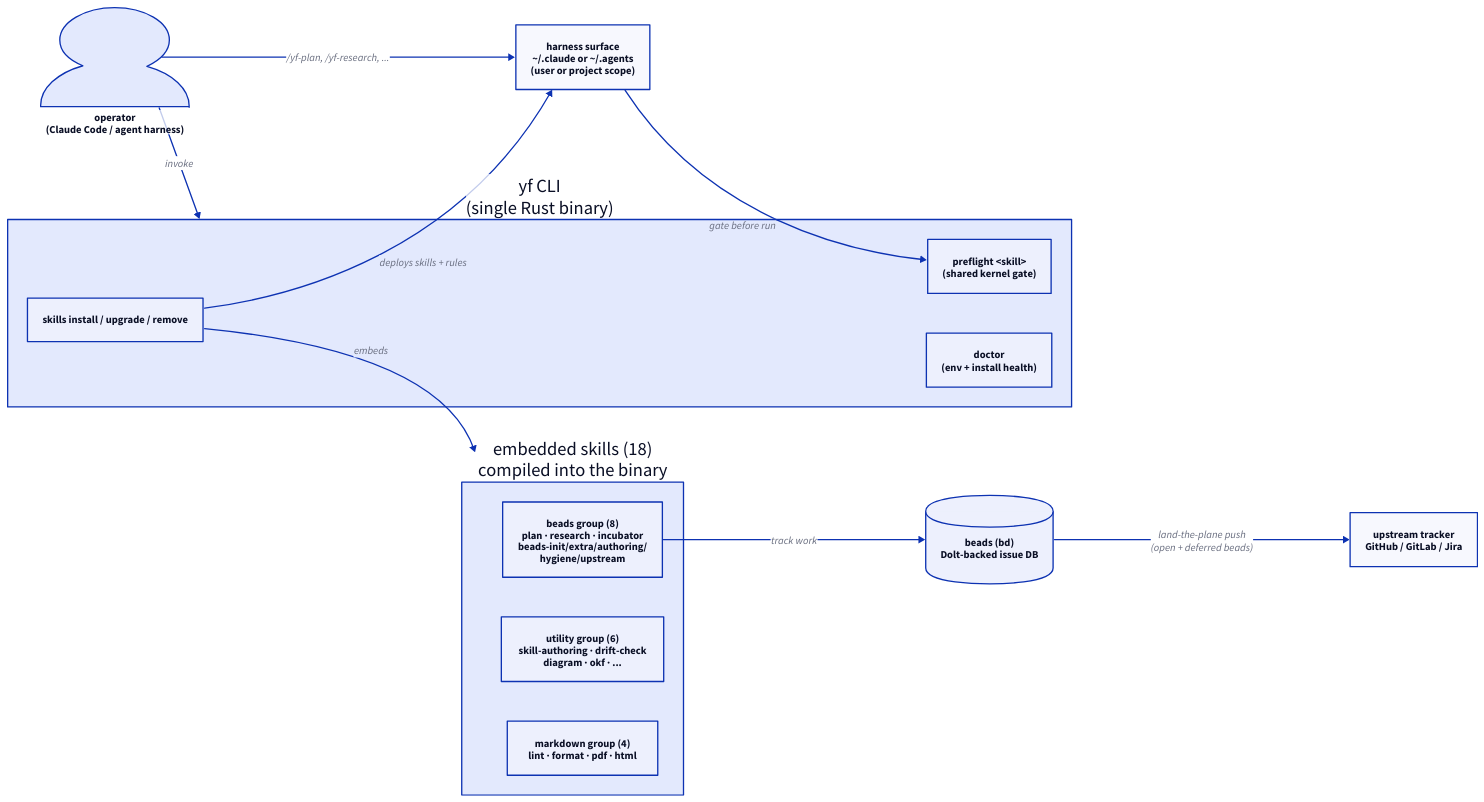
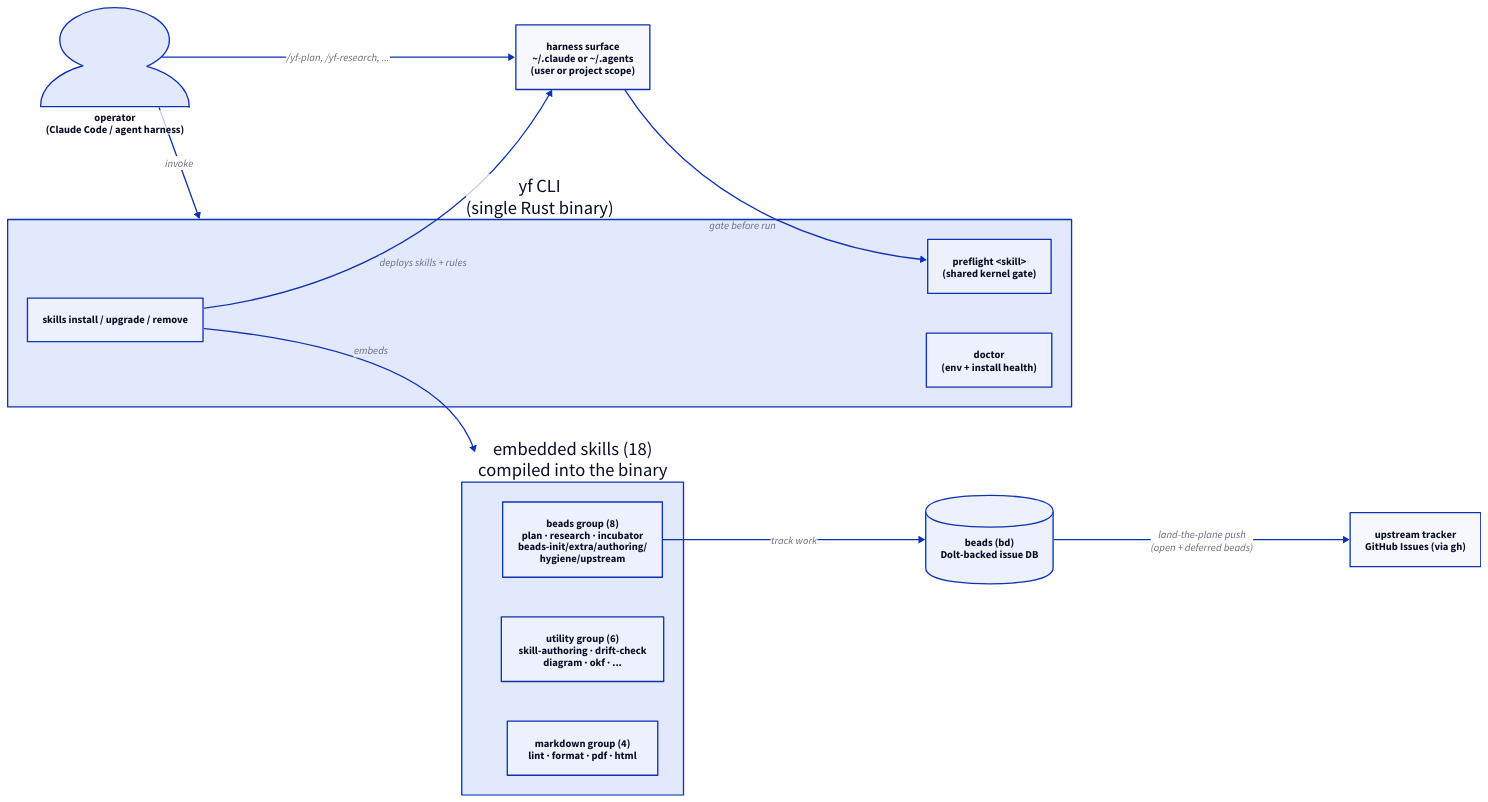
The diagram in web/content/images/architecture.d2 (dixson3/yoshiko-flow), drawn with D2 before and after one commit. The commit also changed 16 other files, not shown here.

```diff
--- a/web/content/images/architecture.d2
+++ b/web/content/images/architecture.d2
@@ -1,46 +1,46 @@
 # yoshiko-flow architecture — the yf kernel, embedded skills, beads, upstream tracking.
 direction: right
 
 user: {
   label: "operator\n(Claude Code / agent harness)"
   shape: person
 }
 
 yf: {
   label: "yf CLI\n(single Rust binary)"
   shape: rectangle
   install: "skills install / upgrade / remove"
   preflight: "preflight <skill>\n(shared kernel gate)"
   doctor: "doctor\n(env + install health)"
 }
 
 skills: {
   label: "embedded skills (18)\ncompiled into the binary"
   shape: rectangle
   beads: "beads group (8)\nplan · research · incubator\nbeads-init/extra/authoring/\nhygiene/upstream"
   utility: "utility group (6)\nskill-authoring · drift-check\ndiagram · okf · ..."
   markdown: "markdown group (4)\nlint · format · pdf · html"
 }
 
 harness: {
   label: "harness surface\n~/.claude or ~/.agents\n(user or project scope)"
   shape: rectangle
 }
 
 bd: {
   label: "beads (bd)\nDolt-backed issue DB"
   shape: cylinder
 }
 
 upstream: {
-  label: "upstream tracker\nGitHub / GitLab / Jira"
+  label: "upstream tracker\nGitHub Issues (via gh)"
   shape: rectangle
 }
 
 user -> yf: "invoke"
 yf.install -> skills: "embeds"
 yf.install -> harness: "deploys skills + rules"
 user -> harness: "/yf-plan, /yf-research, ..."
 harness -> yf.preflight: "gate before run"
 skills.beads -> bd: "track work"
 bd -> upstream: "land-the-plane push\n(open + deferred beads)"
```
